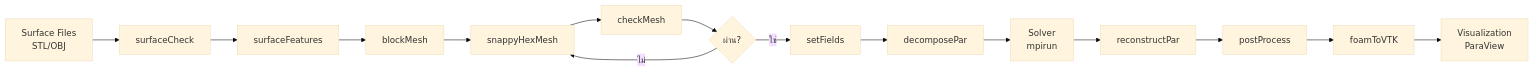
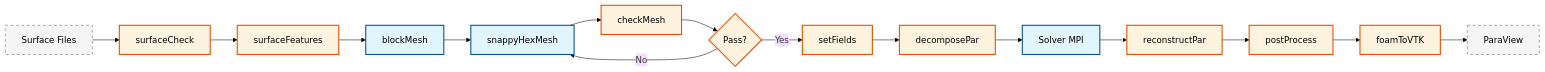
One commit to wramet/build-my-cfd changed the diagram in MODULE_07_UTILITIES_AUTOMATION/CONTENT/08_EXPERT_UTILITIES/02_Utility_Categories_and_Organization.md. Above: the diagram before and after it, drawn with Mermaid (base theme). The commit also changed 313 other files, not shown here.

Commit message:
Revise all diagram

````diff
--- a/MODULE_07_UTILITIES_AUTOMATION/CONTENT/08_EXPERT_UTILITIES/02_Utility_Categories_and_Organization.md
+++ b/MODULE_07_UTILITIES_AUTOMATION/CONTENT/08_EXPERT_UTILITIES/02_Utility_Categories_and_Organization.md
@@ -981,17 +981,20 @@
 ```mermaid
 flowchart LR
-    A[Surface Files<br/>STL/OBJ] --> B[surfaceCheck]
-    B --> C[surfaceFeatures]
-    C --> D[blockMesh]
-    D --> E[snappyHexMesh]
-    E --> F[checkMesh]
-    F --> G{ผ่าน?}
-    G -- ไม่ --> E
-    G -- ใช่ --> H[setFields]
-    H --> I[decomposePar]
-    I --> J[Solver<br/>mpirun]
-    J --> K[reconstructPar]
-    K --> L[postProcess]
-    L --> M[foamToVTK]
-    M --> N[Visualization<br/>ParaView]
+classDef implicit fill:#e1f5fe,stroke:#01579b,stroke-width:2px,color:#000
+classDef explicit fill:#fff3e0,stroke:#e65100,stroke-width:2px,color:#000
+classDef context fill:#f5f5f5,stroke:#616161,stroke-width:1px,color:#000,stroke-dasharray: 5 5
+A[Surface Files]:::context --> B[surfaceCheck]:::explicit
+B --> C[surfaceFeatures]:::explicit
+C --> D[blockMesh]:::implicit
+D --> E[snappyHexMesh]:::implicit
+E --> F[checkMesh]:::explicit
+F --> G{Pass?}:::explicit
+G -->|No| E
+G -->|Yes| H[setFields]:::explicit
+H --> I[decomposePar]:::explicit
+I --> J[Solver MPI]:::implicit
+J --> K[reconstructPar]:::explicit
+K --> L[postProcess]:::explicit
+L --> M[foamToVTK]:::explicit
+M --> N[ParaView]:::context
 ```
````
